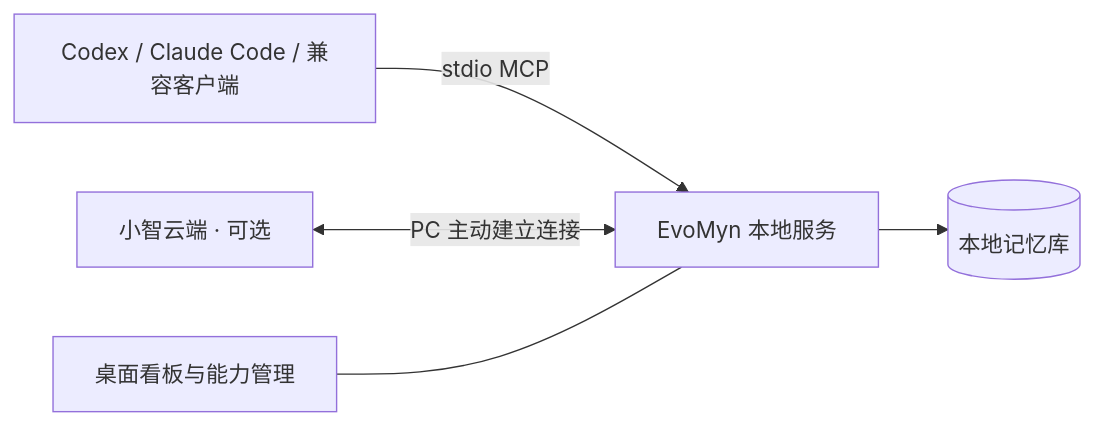
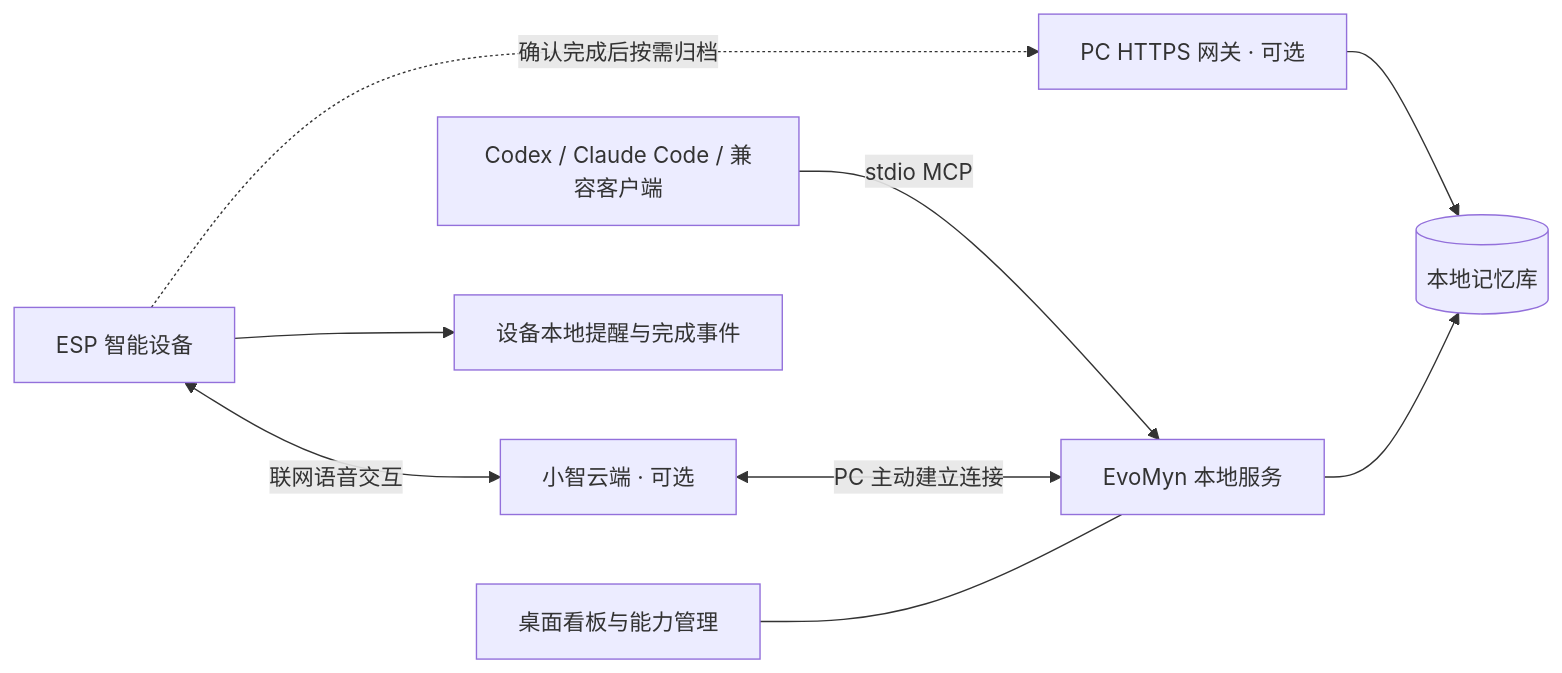
Before and after one commit to ArkFishingLab/EvoMyn: the diagram in README.md, drawn with Mermaid. The commit also changed other lines of this file and 4 other files, not shown here.

````diff
--- a/README.md
+++ b/README.md
@@ -120,7 +163,11 @@
 ```mermaid
 flowchart LR
     Clients["Codex / Claude Code / 兼容客户端"] -->|stdio MCP| Service["EvoMyn 本地服务"]
     Cloud["小智云端 · 可选"] <-->|PC 主动建立连接| Service
+    Device["ESP 智能设备"] <-->|联网语音交互| Cloud
+    Device --> Local["设备本地提醒与完成事件"]
+    Device -.->|确认完成后按需归档| Gateway["PC HTTPS 网关 · 可选"]
+    Gateway --> Memory
     Service --> Memory[("本地记忆库")]
     Desktop["桌面看板与能力管理"] --- Service
 ```
````
